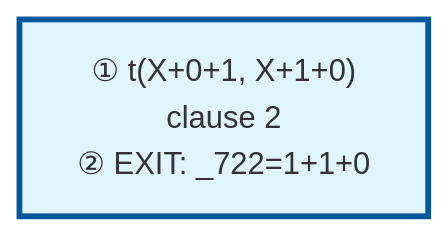
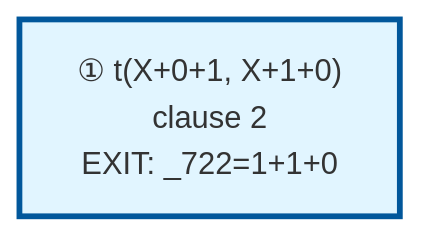
The diagram in examples/operator-output.md (jarecsni/prolog-trace-viz), drawn with Mermaid before and after one commit. The commit also changed other lines of this file and 17 other files, not shown here.

First line of the commit message:
🐛 fix: timeline merging for recursive predicates

````diff
--- a/examples/operator-output.md
+++ b/examples/operator-output.md
@@ -31,11 +31,11 @@
 ```mermaid
 graph TD
 
 %% Nodes
-A["① t(X+0+1, X+1+0)<br/>clause 2<br/>② EXIT: _722=1+1+0"]
+A["① t(X+0+1, X+1+0)<br/>clause 2<br/>EXIT: _722=1+1+0"]
 
 %% Edges
 
 %% Styles
 style A fill:#e1f5ff,stroke:#01579b,stroke-width:3px
 ```
````
